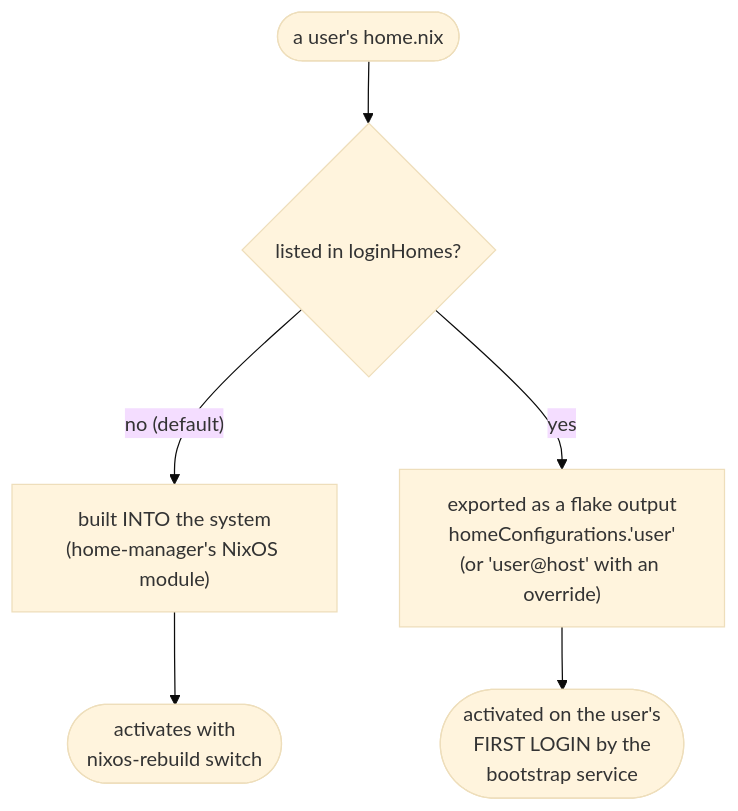
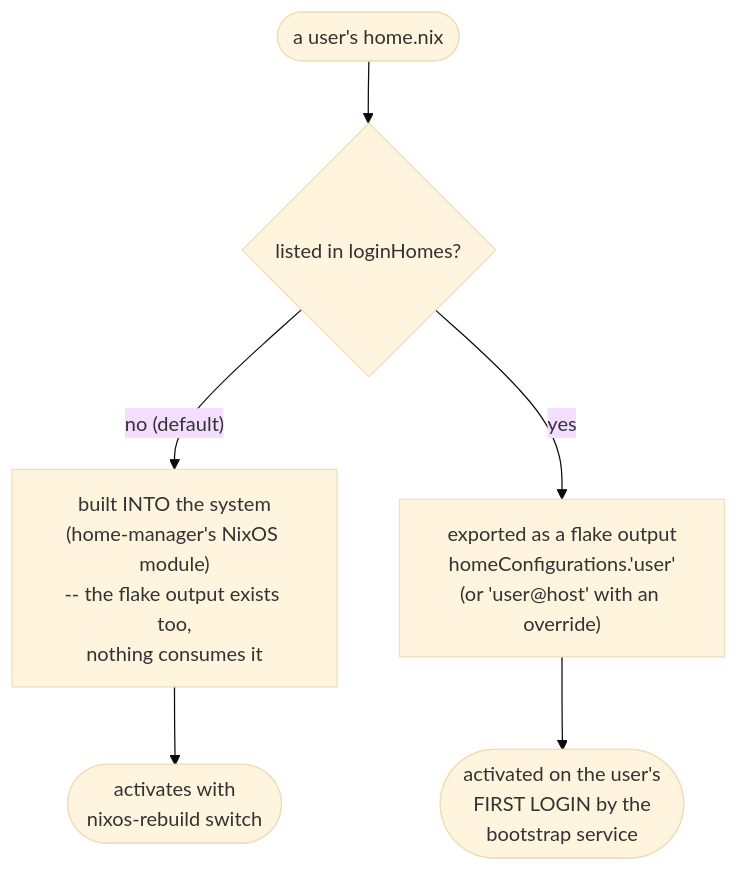
Before and after one commit to dvaerum/nixpkgs-lib-extensions: the third of 3 diagrams in docs/getting-started.md, drawn with Mermaid (base theme). The commit also changed other lines of this file and 19 other files, not shown here.

````diff
--- a/docs/getting-started.md
+++ b/docs/getting-started.md
@@ -418,8 +427,8 @@
 ```mermaid
 flowchart TD
     A(["a user's home.nix"]) --> B{"listed in loginHomes?"}
-    B -->|"no (default)"| C["built INTO the system<br/>(home-manager's NixOS module)"]
+    B -->|"no (default)"| C["built INTO the system<br/>(home-manager's NixOS module)<br/>-- the flake output exists too,<br/>nothing consumes it"]
     B -->|"yes"| D["exported as a flake output<br/>homeConfigurations.'user'<br/>(or 'user@host' with an override)"]
     C --> E(["activates with<br/>nixos-rebuild switch"])
     D --> F(["activated on the user's<br/>FIRST LOGIN by the<br/>bootstrap service"])
 ```
````
